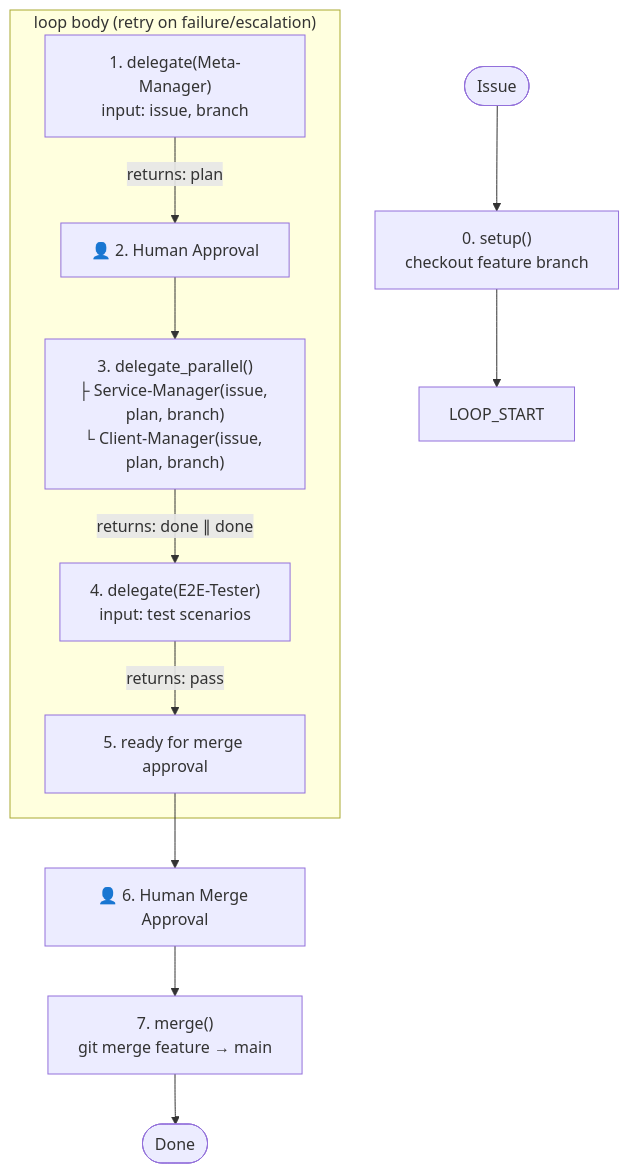
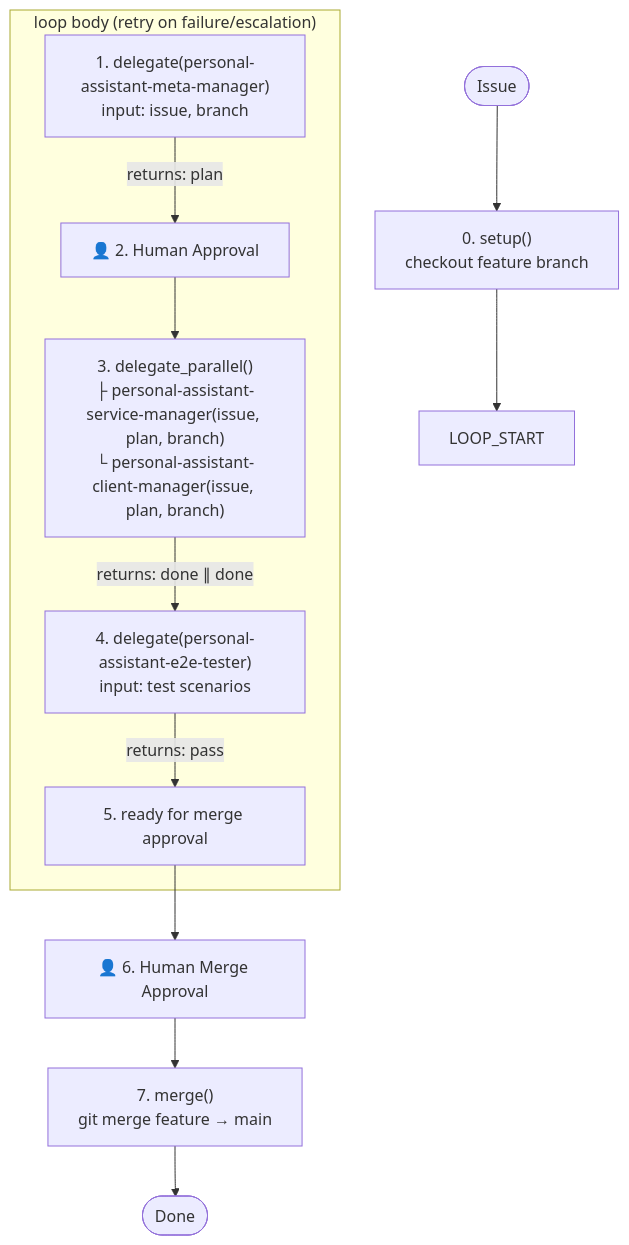
Before and after one commit to T-1009/personal-assistant: the diagram in .opencode/agents/personal-assistant-manager.md, drawn with Mermaid. The commit also changed other lines of this file and 18 other files, not shown here.

````diff
--- a/.opencode/agents/personal-assistant-manager.md
+++ b/.opencode/agents/personal-assistant-manager.md
@@ -36,23 +36,23 @@
 ```mermaid
 flowchart TD
     START(["Issue"])
 
     START --> S0["0. setup()<br/>checkout feature branch"]
 
     S0 --> LOOP_START
 
     subgraph LOOP["loop body (retry on failure/escalation)"]
-        S1["1. delegate(Meta-Manager)<br/>input: issue, branch"]
+        S1["1. delegate(personal-assistant-meta-manager)<br/>input: issue, branch"]
         S1 -- "returns: plan" --> G1["👤 2. Human Approval"]
 
-        G1 --> S2["3. delegate_parallel()<br/>├ Service-Manager(issue, plan, branch)<br/>└ Client-Manager(issue, plan, branch)"]
-        S2 -- "returns: done ∥ done" --> S3["4. delegate(E2E-Tester)<br/>input: test scenarios"]
+        G1 --> S2["3. delegate_parallel()<br/>├ personal-assistant-service-manager(issue, plan, branch)<br/>└ personal-assistant-client-manager(issue, plan, branch)"]
+        S2 -- "returns: done ∥ done" --> S3["4. delegate(personal-assistant-e2e-tester)<br/>input: test scenarios"]
 
         S3 -- "returns: pass" --> S4["5. ready for merge approval"]
     end
 
     S4 --> G2["👤 6. Human Merge Approval"]
 
     G2 --> S5["7. merge()<br/>git merge feature → main"]
     S5 --> DONE(["Done"])
 ```
````
